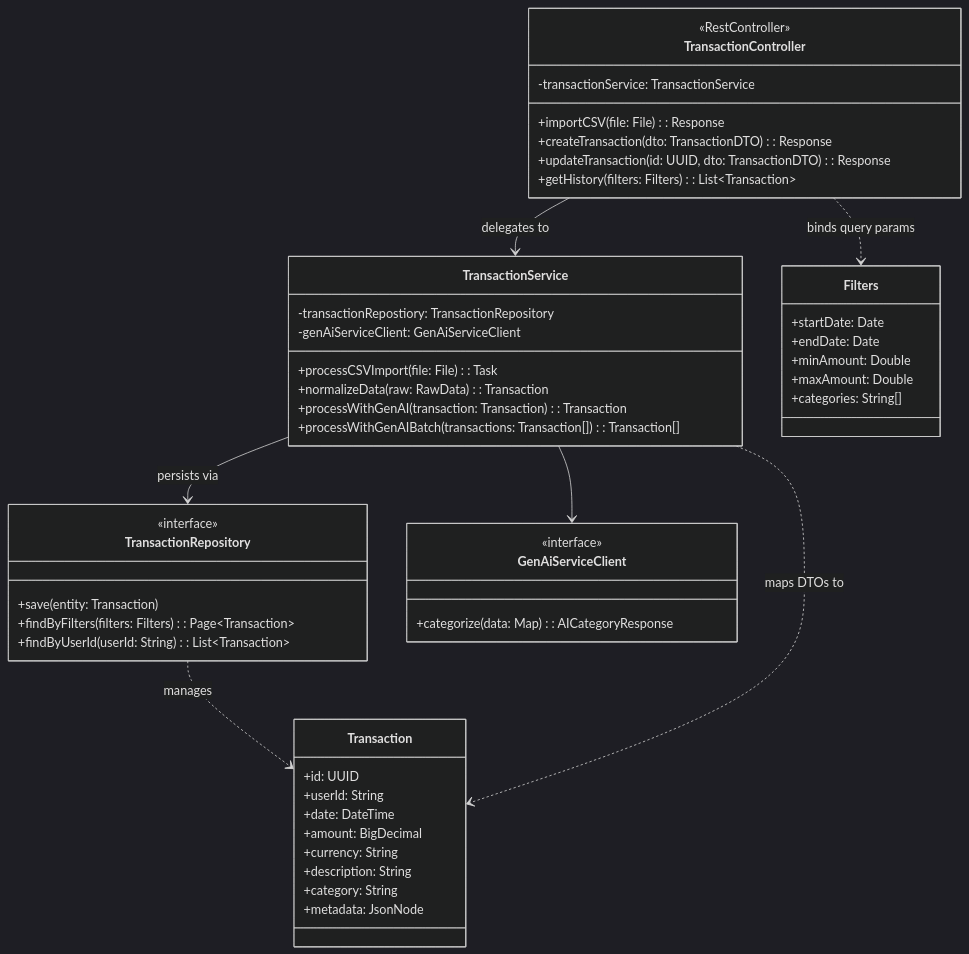
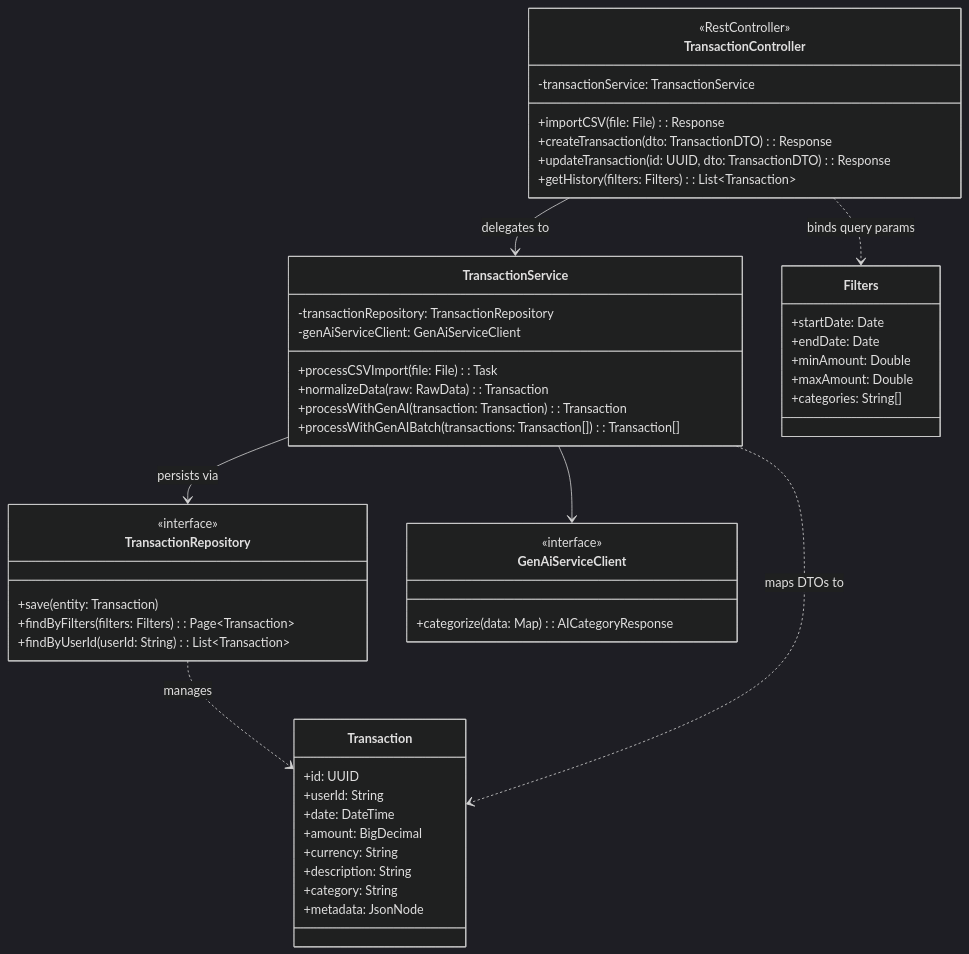
Before and after one commit to AET-DevOps26/team-99-downtime: the diagram in docs/architecture/services/transaction-service.md, drawn with Mermaid. The commit also changed 26 other files, not shown here.

````diff
--- a/docs/architecture/services/transaction-service.md
+++ b/docs/architecture/services/transaction-service.md
@@ -42,64 +42,64 @@
 ```mermaid
 ---
 config:
   theme: dark
 ---
 classDiagram
     direction TB
 
     class TransactionController {
         <<RestController>>
         -transactionService: TransactionService
         +importCSV(file: File): Response
         +createTransaction(dto: TransactionDTO): Response
         +updateTransaction(id: UUID, dto: TransactionDTO): Response
         +getHistory(filters: Filters): List~Transaction~
     }
 
     class TransactionService {
-        -transactionRepostiory: TransactionRepository
+        -transactionRepository: TransactionRepository
         -genAiServiceClient: GenAiServiceClient
         +processCSVImport(file: File): Task
         +normalizeData(raw: RawData): Transaction
         +processWithGenAI(transaction: Transaction): Transaction
         +processWithGenAIBatch(transactions: Transaction[]): Transaction[]
     }
 
     class TransactionRepository {
         <<interface>>
         +save(entity: Transaction)
         +findByFilters(filters: Filters): Page~Transaction~
         +findByUserId(userId: String): List~Transaction~
     }
 
     class GenAiServiceClient {
         <<interface>>
         +categorize(data: Map): AICategoryResponse
     }
 
     class Transaction {
         +id: UUID
         +userId: String
         +date: DateTime
         +amount: BigDecimal
         +currency: String
         +description: String
         +category: String
         +metadata: JsonNode
     }
 
     class Filters {
         +startDate: Date
         +endDate: Date
         +minAmount: Double
         +maxAmount: Double
         +categories: String[]
     }
 
     TransactionController --> TransactionService : delegates to
     TransactionController ..> Filters : binds query params
     TransactionService --> TransactionRepository : persists via
     TransactionService --> GenAiServiceClient
     TransactionRepository ..> Transaction : manages
     TransactionService ..> Transaction : maps DTOs to
 ```
````
